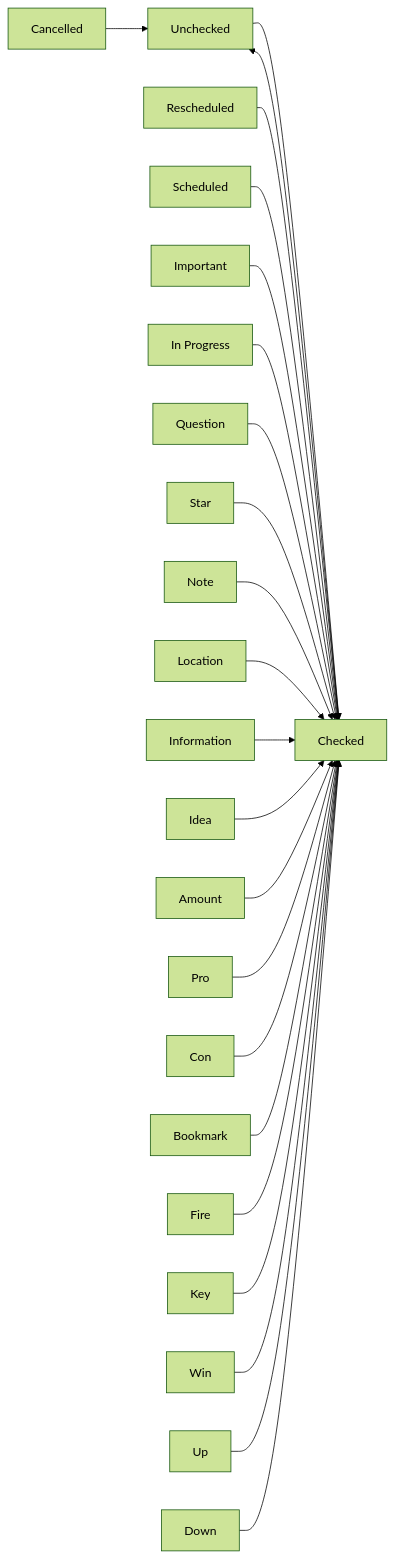
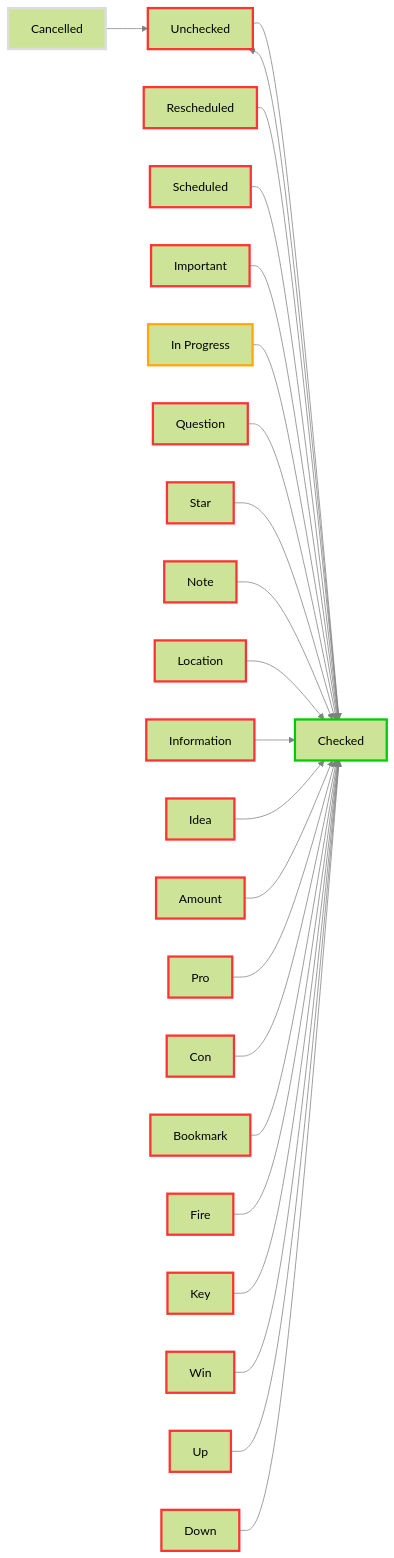
One commit to obsidian-tasks-group/obsidian-tasks changed the diagram in tests/DocumentationSamples/DocsSamplesForStatuses.test.Theme_LYT_Mode_Table.approved.mermaid.md. Above: the diagram before and after it, drawn with Mermaid (forest theme). The commit also changed 19 other files, not shown here.

Commit message:
feat: Show Status Type as coloured edges in Status Diagrams

````diff
--- a/tests/DocumentationSamples/DocsSamplesForStatuses.test.Theme_LYT_Mode_Table.approved.mermaid.md
+++ b/tests/DocumentationSamples/DocsSamplesForStatuses.test.Theme_LYT_Mode_Table.approved.mermaid.md
@@ -2,47 +2,56 @@
 ```mermaid
 flowchart LR
-1["Unchecked"]
-2["Checked"]
-3["Rescheduled"]
-4["Scheduled"]
-5["Important"]
-6["Cancelled"]
-7["In Progress"]
-8["Question"]
-9["Star"]
-10["Note"]
-11["Location"]
-12["Information"]
-13["Idea"]
-14["Amount"]
-15["Pro"]
-16["Con"]
-17["Bookmark"]
-18["Fire"]
-19["Key"]
-20["Win"]
-21["Up"]
-22["Down"]
+
+classDef TODO        stroke:#f33,stroke-width:3px;
+classDef DONE        stroke:#0c0,stroke-width:3px;
+classDef IN_PROGRESS stroke:#fa0,stroke-width:3px;
+classDef CANCELLED   stroke:#ddd,stroke-width:3px;
+classDef NON_TASK    stroke:#99e,stroke-width:3px;
+
+1["Unchecked"]:::TODO
+2["Checked"]:::DONE
+3["Rescheduled"]:::TODO
+4["Scheduled"]:::TODO
+5["Important"]:::TODO
+6["Cancelled"]:::CANCELLED
+7["In Progress"]:::IN_PROGRESS
+8["Question"]:::TODO
+9["Star"]:::TODO
+10["Note"]:::TODO
+11["Location"]:::TODO
+12["Information"]:::TODO
+13["Idea"]:::TODO
+14["Amount"]:::TODO
+15["Pro"]:::TODO
+16["Con"]:::TODO
+17["Bookmark"]:::TODO
+18["Fire"]:::TODO
+19["Key"]:::TODO
+20["Win"]:::TODO
+21["Up"]:::TODO
+22["Down"]:::TODO
 1 --> 2
 2 --> 1
 3 --> 2
 4 --> 2
 5 --> 2
 6 --> 1
 7 --> 2
 8 --> 2
 9 --> 2
 10 --> 2
 11 --> 2
 12 --> 2
 13 --> 2
 14 --> 2
 15 --> 2
 16 --> 2
 17 --> 2
 18 --> 2
 19 --> 2
 20 --> 2
 21 --> 2
 22 --> 2
+
+linkStyle default stroke:gray
 ```
````
